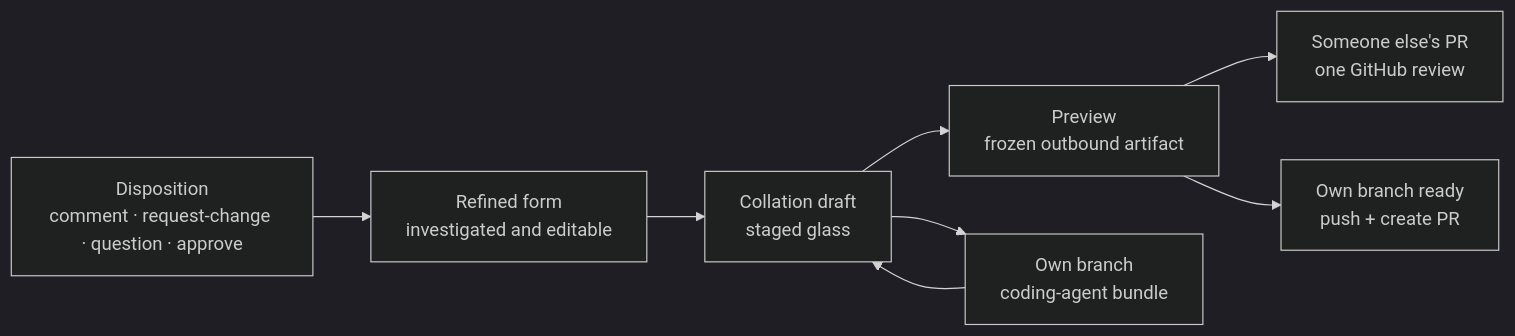
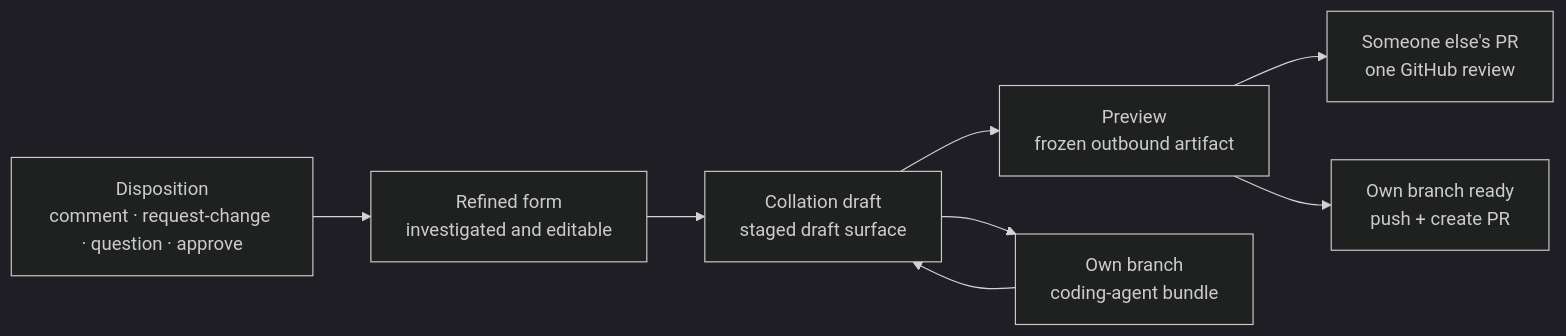
Before and after one commit to rbutera/Rennet: the sixth of 6 diagrams in docs/src/content/docs/developing/concepts/architecture-contracts.md, drawn with Mermaid (dark theme). The commit also changed 112 other files, not shown here.

````diff
--- a/docs/src/content/docs/developing/concepts/architecture-contracts.md
+++ b/docs/src/content/docs/developing/concepts/architecture-contracts.md
@@ -310,15 +310,15 @@
 ```mermaid
 flowchart LR
   disposition["Disposition<br/>comment · request-change · question · approve"]
   refine["Refined form<br/>investigated and editable"]
-  draft["Collation draft<br/>staged glass"]
+  draft["Collation draft<br/>staged draft surface"]
   preview["Preview<br/>frozen outbound artifact"]
   review["Someone else's PR<br/>one GitHub review"]
   handoff["Own branch<br/>coding-agent bundle"]
   submit["Own branch ready<br/>push + create PR"]
 
   disposition --> refine --> draft --> preview
   preview --> review
   draft --> handoff --> draft
   preview --> submit
 ```
````
